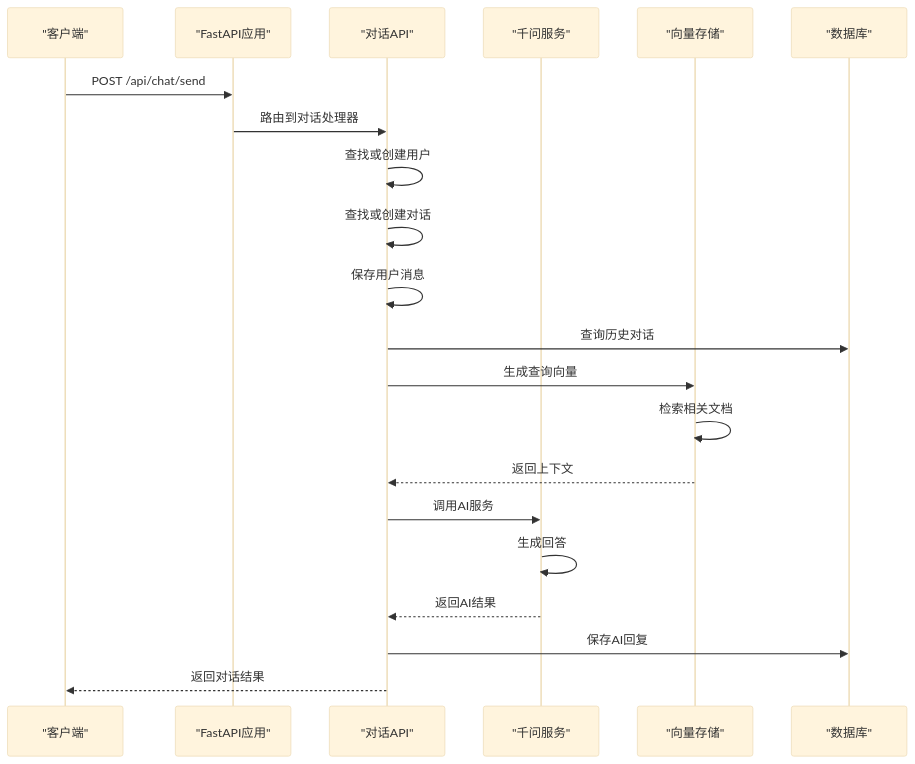
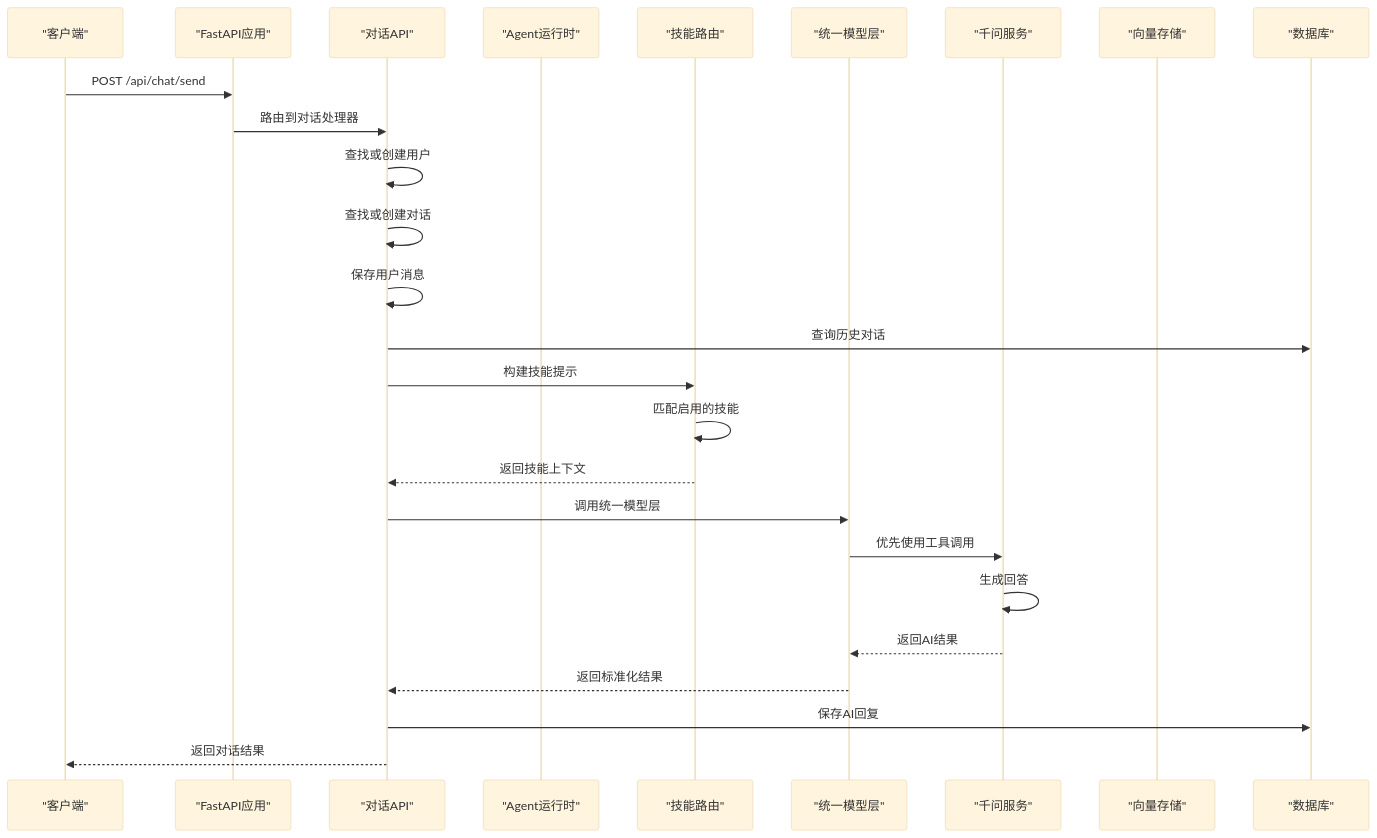
Before and after one commit to ghbbn053-ship-itsoulddog/soulddog: the fifth of 17 diagrams in .qoder/repowiki/zh/content/开发指南/扩展点与插件/AI服务插件扩展.md, drawn with Mermaid (base theme). The commit also changed other lines of this file and 119 other files, not shown here.

````diff
--- a/.qoder/repowiki/zh/content/开发指南/扩展点与插件/AI服务插件扩展.md
+++ b/.qoder/repowiki/zh/content/开发指南/扩展点与插件/AI服务插件扩展.md
@@ -172,23 +268,28 @@
 ```mermaid
 sequenceDiagram
 participant Client as "客户端"
 participant API as "FastAPI应用"
 participant Chat as "对话API"
+participant AgentRuntime as "Agent运行时"
+participant SkillRouter as "技能路由"
+participant ModelProvider as "统一模型层"
 participant Qwen as "千问服务"
 participant Vector as "向量存储"
 participant DB as "数据库"
 Client->>API : POST /api/chat/send
 API->>Chat : 路由到对话处理器
 Chat->>Chat : 查找或创建用户
 Chat->>Chat : 查找或创建对话
 Chat->>Chat : 保存用户消息
 Chat->>DB : 查询历史对话
-Chat->>Vector : 生成查询向量
-Vector->>Vector : 检索相关文档
-Vector-->>Chat : 返回上下文
-Chat->>Qwen : 调用AI服务
+Chat->>SkillRouter : 构建技能提示
+SkillRouter->>SkillRouter : 匹配启用的技能
+SkillRouter-->>Chat : 返回技能上下文
+Chat->>ModelProvider : 调用统一模型层
+ModelProvider->>Qwen : 优先使用工具调用
 Qwen->>Qwen : 生成回答
-Qwen-->>Chat : 返回AI结果
+Qwen-->>ModelProvider : 返回AI结果
+ModelProvider-->>Chat : 返回标准化结果
 Chat->>DB : 保存AI回复
 Chat-->>Client : 返回对话结果
 ```
````
